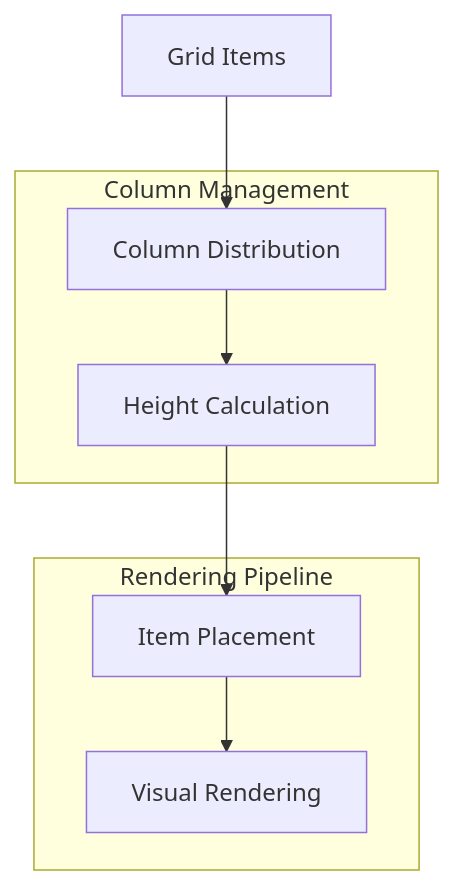
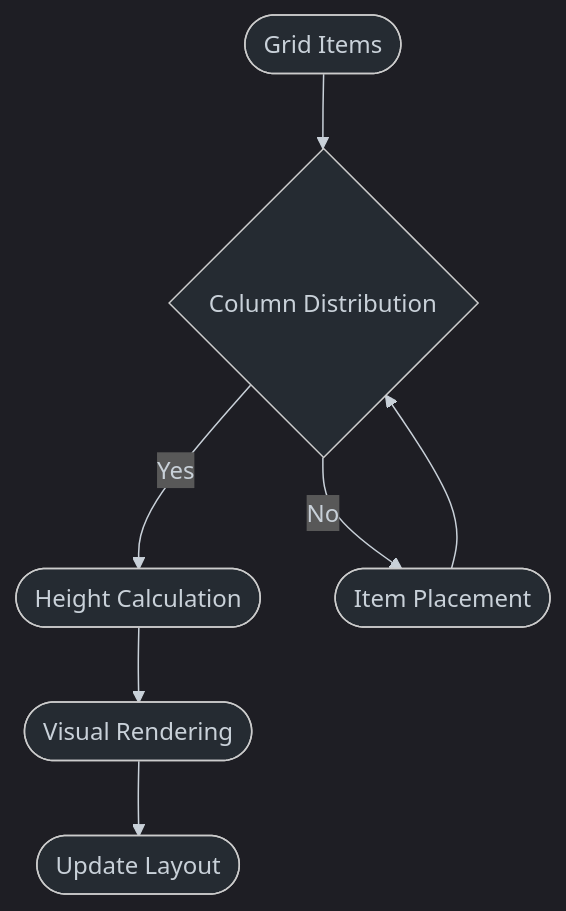
One commit to jackccrawford/pattern-bridge changed the diagram in docs/patterns/masonry-grid.md. Above: the diagram before and after it, drawn with Mermaid. The commit also changed 20 other files, not shown here.

````diff
--- a/docs/patterns/masonry-grid.md
+++ b/docs/patterns/masonry-grid.md
@@ -7,17 +7,19 @@
 ```mermaid
+%%{init: {
+  'theme': 'dark',
+  'themeVariables': {
+    'darkMode': true,
+    'background': '#252b32',
+    'mainBkg': '#252b32',
+    'textColor': '#c9d1d9',
+    'lineColor': '#c9d1d9'
+  }
+}}%%
 graph TD
-    A[Grid Items] --> B[Column Distribution]
-    B --> C[Height Calculation]
-    C --> D[Item Placement]
-    D --> E[Visual Rendering]
-    
-    subgraph "Column Management"
-    B
-    C
-    end
-    
-    subgraph "Rendering Pipeline"
-    D
-    E
-    end
+    A([Grid Items]) --> B{Column Distribution}
+    B -->|Yes| C([Height Calculation])
+    B -->|No| D([Item Placement])
+    C --> E([Visual Rendering])
+    D --> B
+    E --> F([Update Layout])
 ```
````
